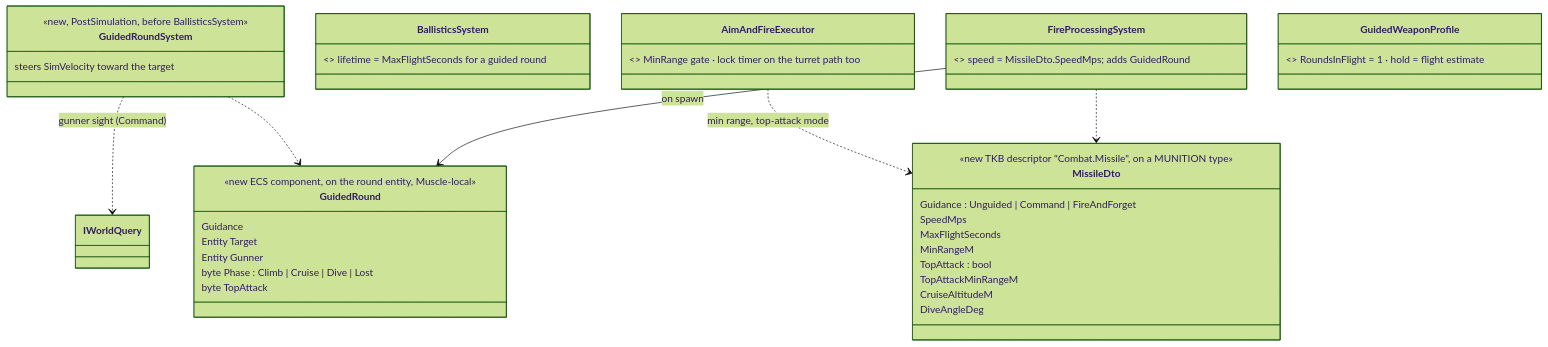
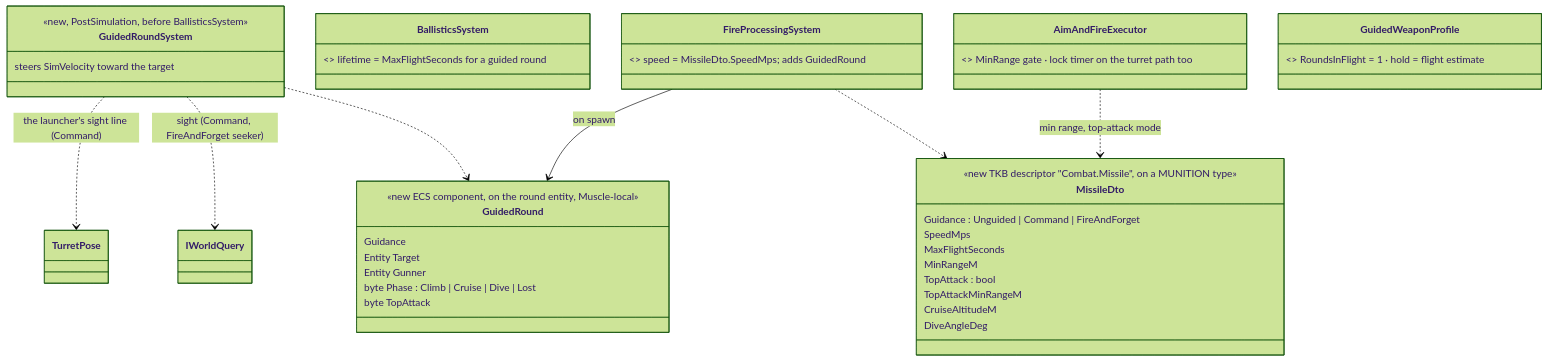
The third of 5 diagrams in docs/designs/vehicle-tactics/DESIGN_Missiles_And_Ammo.md (pjanec/HROT), drawn with Mermaid (forest theme) before and after one commit. The commit also changed other lines of this file and 9 other files, not shown here.

````diff
--- a/docs/designs/vehicle-tactics/DESIGN_Missiles_And_Ammo.md
+++ b/docs/designs/vehicle-tactics/DESIGN_Missiles_And_Ammo.md
@@ -135,35 +135,36 @@
 ```mermaid
 classDiagram
   class MissileDto {
     <<new TKB descriptor "Combat.Missile", on a MUNITION type>>
     Guidance : Unguided | Command | FireAndForget
     SpeedMps
     MaxFlightSeconds
     MinRangeM
     TopAttack : bool
     TopAttackMinRangeM
     CruiseAltitudeM
     DiveAngleDeg
   }
   class GuidedRound {
     <<new ECS component, on the round entity, Muscle-local>>
     Guidance
     Entity Target
     Entity Gunner
     byte Phase : Climb | Cruise | Dive | Lost
     byte TopAttack
   }
   class GuidedRoundSystem {
     <<new, PostSimulation, before BallisticsSystem>>
     steers SimVelocity toward the target
   }
   class BallisticsSystem { <<existing, grows>> lifetime = MaxFlightSeconds for a guided round }
   class FireProcessingSystem { <<existing, grows>> speed = MissileDto.SpeedMps; adds GuidedRound }
   class AimAndFireExecutor { <<existing, grows>> MinRange gate · lock timer on the turret path too }
   class GuidedWeaponProfile { <<existing>> RoundsInFlight = 1 · hold = flight estimate }
   FireProcessingSystem ..> MissileDto
   FireProcessingSystem --> GuidedRound : on spawn
   GuidedRoundSystem ..> GuidedRound
-  GuidedRoundSystem ..> IWorldQuery : gunner sight (Command)
+  GuidedRoundSystem ..> IWorldQuery : sight (Command, FireAndForget seeker)
+  GuidedRoundSystem ..> TurretPose : the launcher's sight line (Command)
   AimAndFireExecutor ..> MissileDto : min range, top-attack mode
 ```
````
